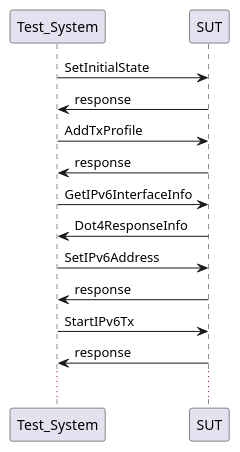
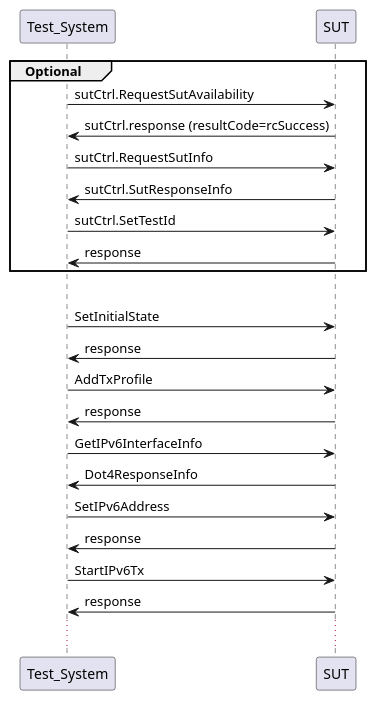
Before and after one commit to certificationoperatingcouncil/COC_TestSpecs: the first of 2 diagrams in Test Sequences/16094 IPv6 Testing TxProfile.md, drawn with PlantUML. The commit also changed other lines of this file and 1 other file, not shown here.

Commit message:
Added optional message block

````diff
--- a/Test Sequences/16094 IPv6 Testing TxProfile.md
+++ b/Test Sequences/16094 IPv6 Testing TxProfile.md
@@ -13,13 +13,22 @@
 ```puml
+group Optional
+Test_System->SUT: sutCtrl.RequestSutAvailability
+SUT->Test_System: sutCtrl.response (resultCode=rcSuccess)
+Test_System->SUT: sutCtrl.RequestSutInfo
+SUT->Test_System: sutCtrl.SutResponseInfo
+Test_System->SUT: sutCtrl.SetTestId
+SUT->Test_System: response
+end
+|||
 Test_System->SUT: SetInitialState
 SUT->Test_System: response
 Test_System->SUT: AddTxProfile
 SUT->Test_System: response
 Test_System->SUT: GetIPv6InterfaceInfo
 SUT->Test_System: Dot4ResponseInfo
 Test_System->SUT: SetIPv6Address
 SUT->Test_System: response
 Test_System->SUT: StartIPv6Tx
 SUT->Test_System: response
 ...
 ```
````
